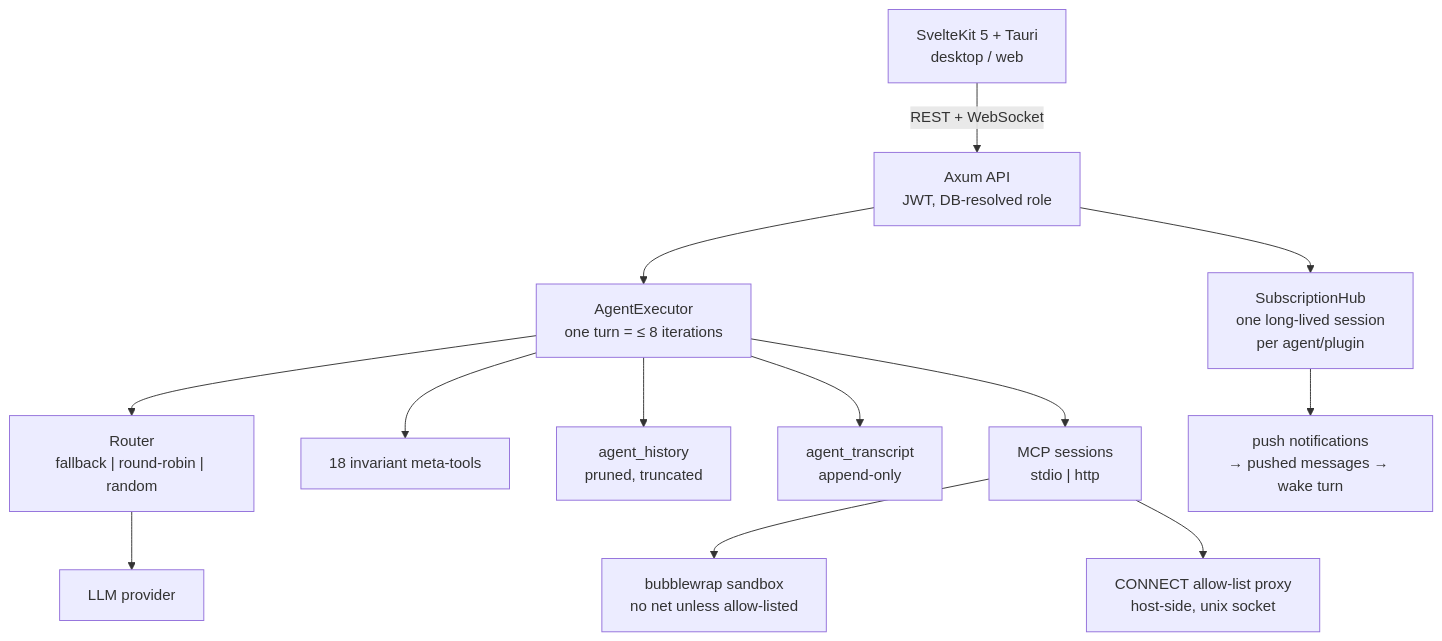
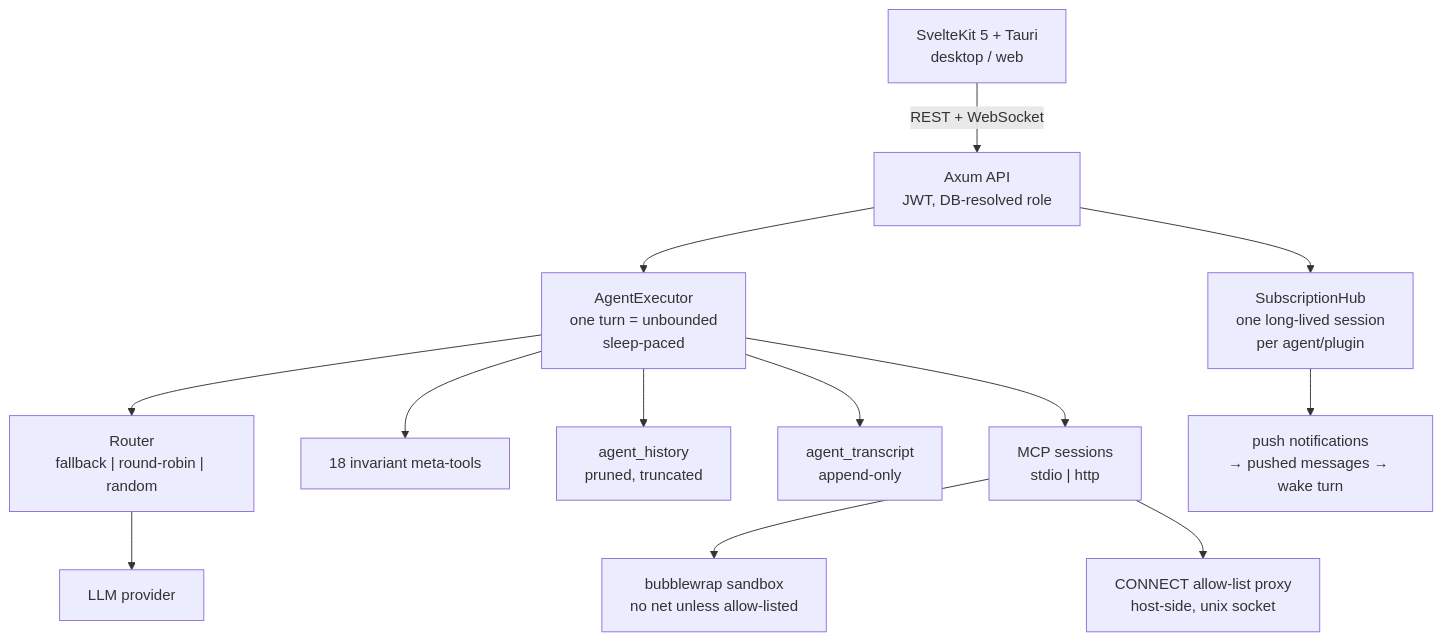
One commit to Neuxbane/NeuxDOT changed the diagram in README.md. Above: the diagram before and after it, drawn with Mermaid. The commit also changed other lines of this file and 2 other files, not shown here.

First line of the commit message:
Make an agent turn unbounded; keep a liveness guard

````diff
--- a/README.md
+++ b/README.md
@@ -127,15 +140,15 @@
 ```mermaid
 flowchart TB
     UI["SvelteKit 5 + Tauri<br/>desktop / web"] -->|REST + WebSocket| API
     API["Axum API<br/>JWT, DB-resolved role"] --> EXEC
-    EXEC["AgentExecutor<br/>one turn = ≤ 8 iterations"] --> ROUTER
+    EXEC["AgentExecutor<br/>one turn = unbounded<br/>sleep-paced"] --> ROUTER
     EXEC --> META["18 invariant meta-tools"]
     EXEC --> HIST["agent_history<br/>pruned, truncated"]
     EXEC --> TRAN["agent_transcript<br/>append-only"]
     ROUTER["Router<br/>fallback | round-robin | random"] --> LLM["LLM provider"]
     EXEC --> SESS["MCP sessions<br/>stdio | http"]
     SESS --> SBX["bubblewrap sandbox<br/>no net unless allow-listed"]
     SESS --> PROXY["CONNECT allow-list proxy<br/>host-side, unix socket"]
     API --> HUB["SubscriptionHub<br/>one long-lived session<br/>per agent/plugin"]
     HUB --> PUSH["push notifications<br/>→ pushed messages → wake turn"]
 ```
````
